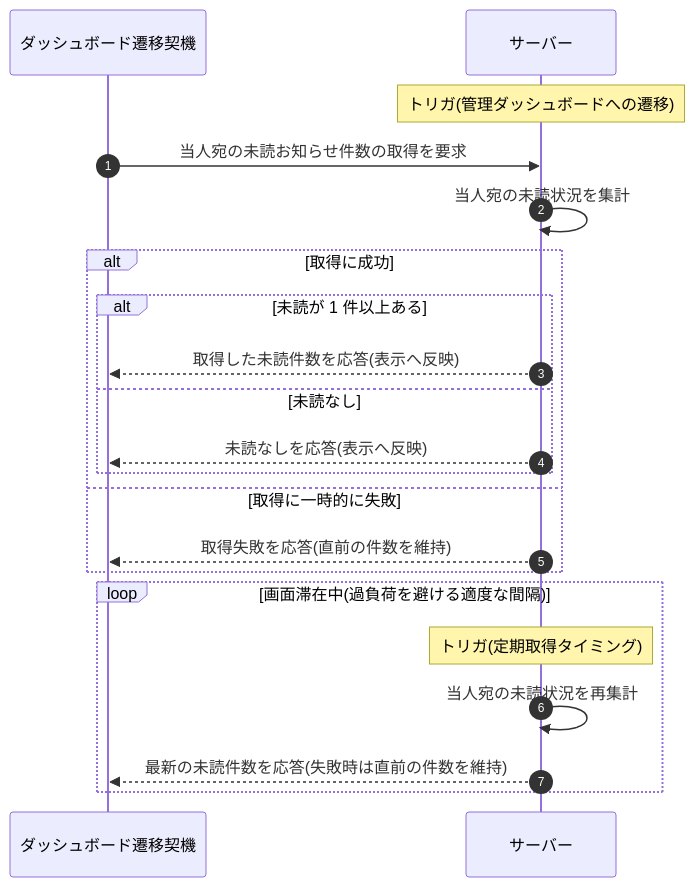
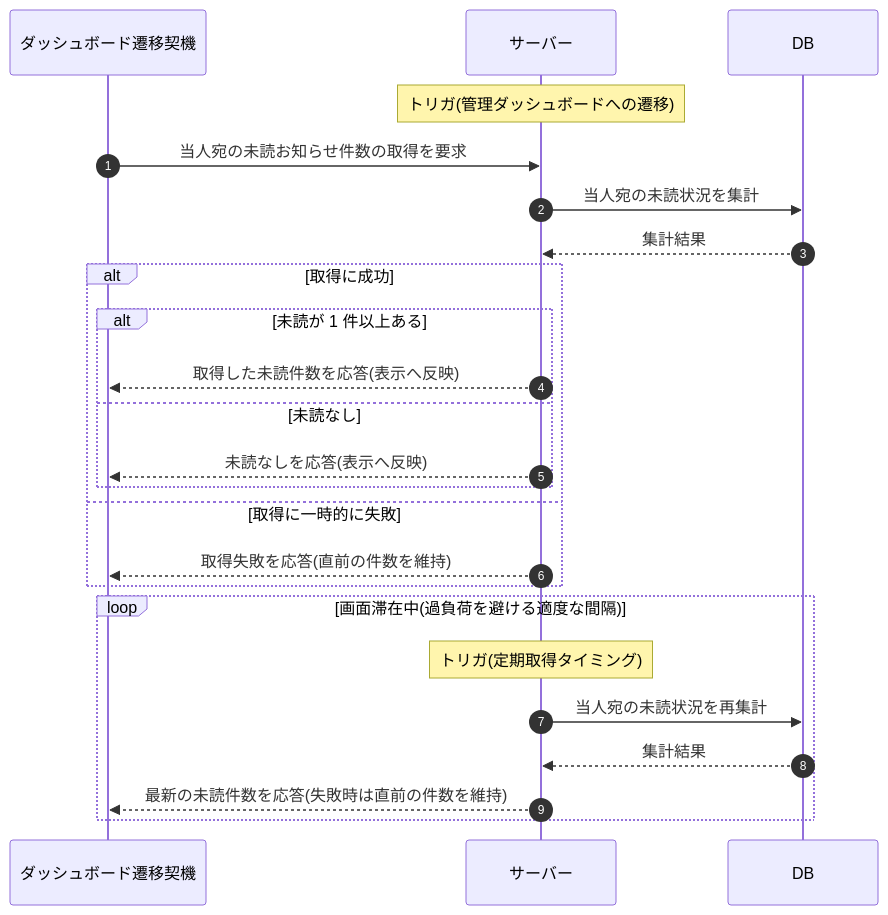
The diagram in 02_basic_design/03_sequences/SEQ-122.md (sikakou54/open-faq), drawn with Mermaid before and after one commit. The commit also changed other lines of this file and 122 other files, not shown here.

First line of the commit message:
シーケンス図に DB アクターを追加(DB 操作をサーバー自己メッセージから分離)

````diff
--- a/02_basic_design/03_sequences/SEQ-122.md
+++ b/02_basic_design/03_sequences/SEQ-122.md
@@ -26,23 +26,26 @@
 ```mermaid
 sequenceDiagram
   autonumber
   participant TR as ダッシュボード遷移契機
   participant Server as サーバー
+  participant DB as DB
   Note over Server: トリガ(管理ダッシュボードへの遷移)
   TR->>Server: 当人宛の未読お知らせ件数の取得を要求
-  Server->>Server: 当人宛の未読状況を集計
+  Server->>DB: 当人宛の未読状況を集計
+  DB-->>Server: 集計結果
   alt 取得に成功
     alt 未読が 1 件以上ある
       Server-->>TR: 取得した未読件数を応答(表示へ反映)
     else 未読なし
       Server-->>TR: 未読なしを応答(表示へ反映)
     end
   else 取得に一時的に失敗
     Server-->>TR: 取得失敗を応答(直前の件数を維持)
   end
   loop 画面滞在中(過負荷を避ける適度な間隔)
     Note over Server: トリガ(定期取得タイミング)
-    Server->>Server: 当人宛の未読状況を再集計
+    Server->>DB: 当人宛の未読状況を再集計
+    DB-->>Server: 集計結果
     Server-->>TR: 最新の未読件数を応答(失敗時は直前の件数を維持)
   end
 ```
````
